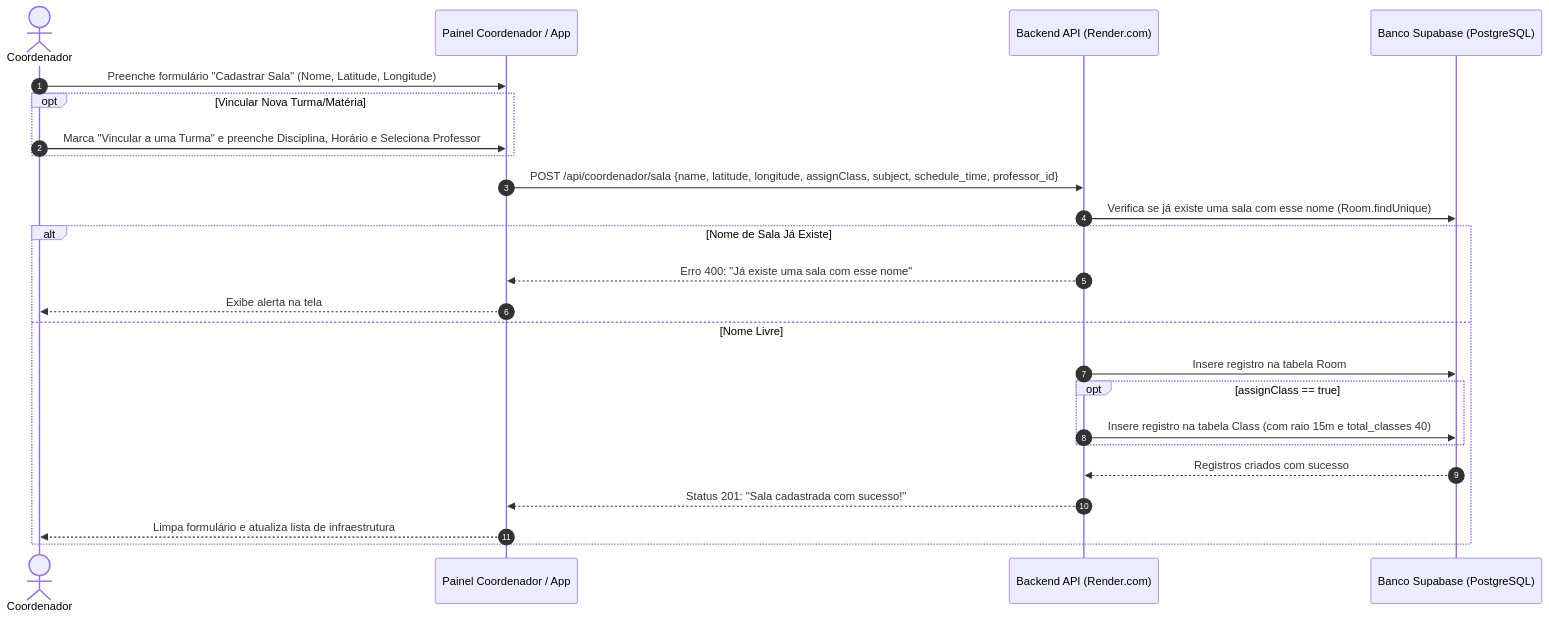
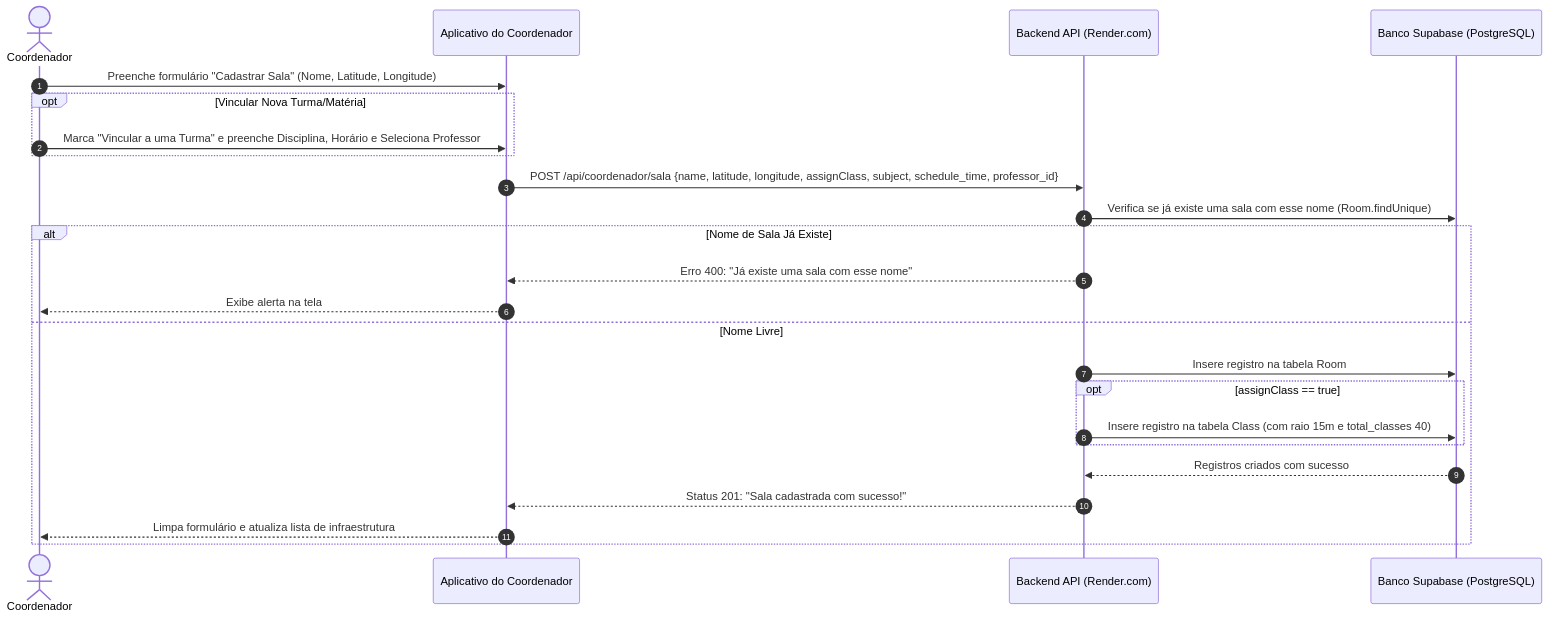
Diagram 13 of 24 in documentacao/diagramas/fluxos.md (caneschi-lais/geoclass), drawn with Mermaid before and after one commit. The commit also changed other lines of this file and 34 other files, not shown here.

Commit message:
docs: add system architecture diagrams and generation script

````diff
--- a/documentacao/diagramas/fluxos.md
+++ b/documentacao/diagramas/fluxos.md
@@ -479,29 +479,29 @@
 ```mermaid
 sequenceDiagram
     autonumber
     actor Coordenador
-    participant Web as Painel Coordenador / App
+    participant App as Aplicativo do Coordenador
     participant API as Backend API (Render.com)
     participant DB as Banco Supabase (PostgreSQL)
 
-    Coordenador->>Web: Preenche formulário "Cadastrar Sala" (Nome, Latitude, Longitude)
+    Coordenador->>App: Preenche formulário "Cadastrar Sala" (Nome, Latitude, Longitude)
     opt Vincular Nova Turma/Matéria
-        Coordenador->>Web: Marca "Vincular a uma Turma" e preenche Disciplina, Horário e Seleciona Professor
+        Coordenador->>App: Marca "Vincular a uma Turma" e preenche Disciplina, Horário e Seleciona Professor
     end
 
-    Web->>API: POST /api/coordenador/sala {name, latitude, longitude, assignClass, subject, schedule_time, professor_id}
+    App->>API: POST /api/coordenador/sala {name, latitude, longitude, assignClass, subject, schedule_time, professor_id}
 
     API->>DB: Verifica se já existe uma sala com esse nome (Room.findUnique)
     alt Nome de Sala Já Existe
-        API-->>Web: Erro 400: "Já existe uma sala com esse nome"
-        Web-->>Coordenador: Exibe alerta na tela
+        API-->>App: Erro 400: "Já existe uma sala com esse nome"
+        App-->>Coordenador: Exibe alerta na tela
     else Nome Livre
         API->>DB: Insere registro na tabela Room
         opt assignClass == true
             API->>DB: Insere registro na tabela Class (com raio 15m e total_classes 40)
         end
         DB-->>API: Registros criados com sucesso
-        API-->>Web: Status 201: "Sala cadastrada com sucesso!"
-        Web-->>Coordenador: Limpa formulário e atualiza lista de infraestrutura
+        API-->>App: Status 201: "Sala cadastrada com sucesso!"
+        App-->>Coordenador: Limpa formulário e atualiza lista de infraestrutura
     end
 ```
````
